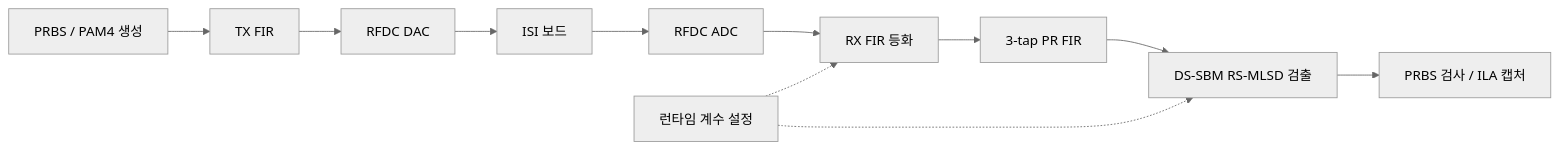
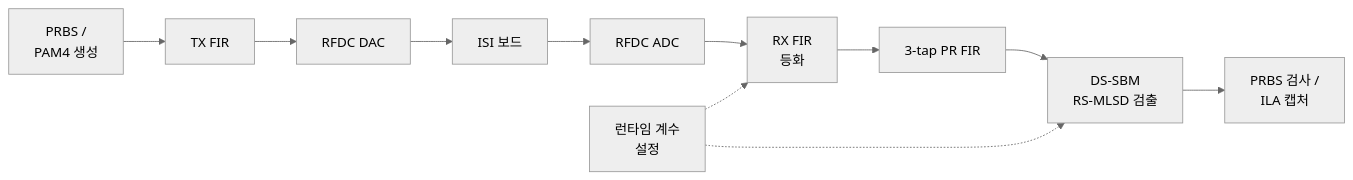
Before and after one commit to yunjuhyeong0916-glitch/jhyun: the diagram in projects/zcu208-pam4-dsp-portfolio/README.md, drawn with Mermaid (neutral theme). The commit also changed 4 other files, not shown here.

Commit message:
Wrap Mermaid labels to prevent diagram text clipping

````diff
--- a/projects/zcu208-pam4-dsp-portfolio/README.md
+++ b/projects/zcu208-pam4-dsp-portfolio/README.md
@@ -65,13 +65,13 @@
 ```mermaid
 flowchart LR
-    P[PRBS / PAM4 생성] --> T[TX FIR]
+    P["PRBS /<br/>PAM4 생성"] --> T[TX FIR]
     T --> D[RFDC DAC]
     D --> I[ISI 보드]
     I --> A[RFDC ADC]
-    A --> R[RX FIR 등화]
+    A --> R["RX FIR<br/>등화"]
     R --> Q[3-tap PR FIR]
-    Q --> M[DS-SBM RS-MLSD 검출]
-    M --> C[PRBS 검사 / ILA 캡처]
-    G[런타임 계수 설정] -.-> R
+    Q --> M["DS-SBM<br/>RS-MLSD 검출"]
+    M --> C["PRBS 검사 /<br/>ILA 캡처"]
+    G["런타임 계수<br/>설정"] -.-> R
     G -.-> M
 ```
````
